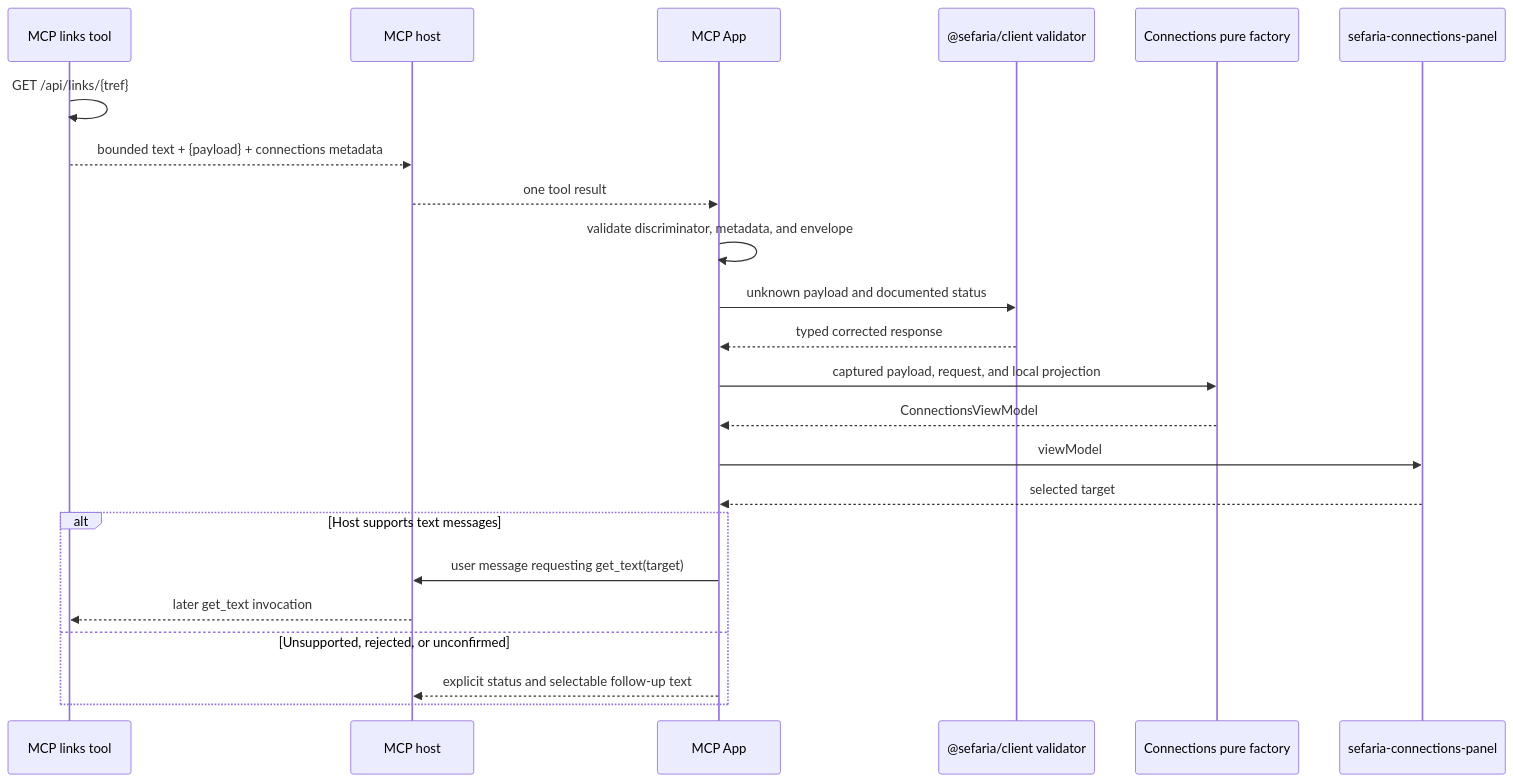
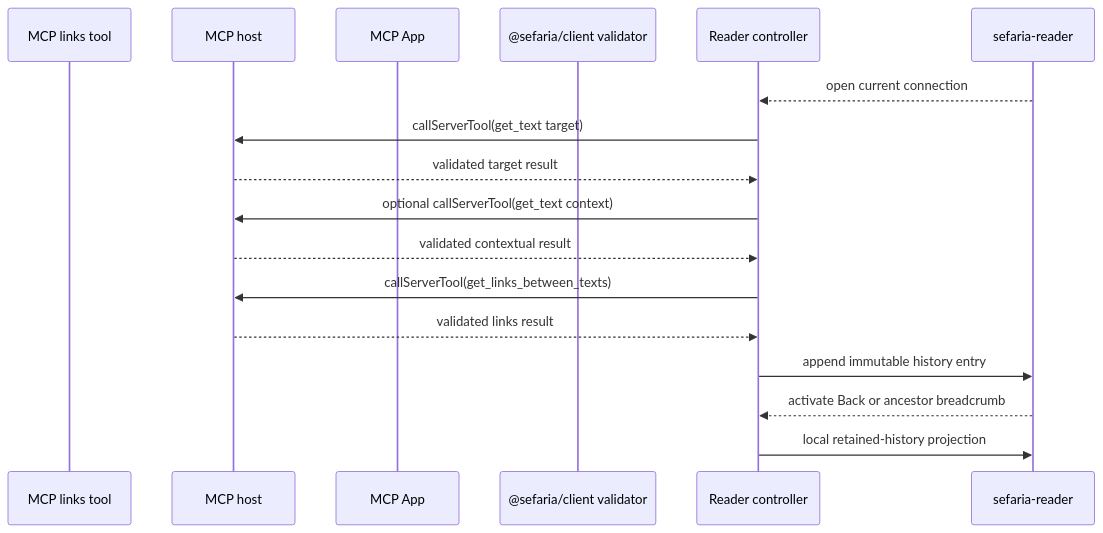
Before and after one commit to Arithmomaniac/sefaria-web-components: the second of 3 diagrams in docs/specs/integrations.md, drawn with Mermaid. The commit also changed other lines of this file and 43 other files, not shown here.

````diff
--- a/docs/specs/integrations.md
+++ b/docs/specs/integrations.md
@@ -210,26 +214,20 @@
 ```mermaid
 sequenceDiagram
     participant Tool as MCP links tool
     participant Host as MCP host
     participant App as MCP App
     participant Validator as @sefaria/client validator
-    participant Factory as Connections pure factory
-    participant Panel as sefaria-connections-panel
+    participant Controller as Reader controller
+    participant Reader as sefaria-reader
 
-    Tool->>Tool: GET /api/links/{tref}
-    Tool-->>Host: bounded text + {payload} + connections metadata
-    Host-->>App: one tool result
-    App->>App: validate discriminator, metadata, and envelope
-    App->>Validator: unknown payload and documented status
-    Validator-->>App: typed corrected response
-    App->>Factory: captured payload, request, and local projection
-    Factory-->>App: ConnectionsViewModel
-    App->>Panel: viewModel
-    Panel-->>App: selected target
-    alt Host supports text messages
-        App->>Host: user message requesting get_text(target)
-        Host-->>Tool: later get_text invocation
-    else Unsupported, rejected, or unconfirmed
-        App-->>Host: explicit status and selectable follow-up text
-    end
+    Reader-->>Controller: open current connection
+    Controller->>Host: callServerTool(get_text target)
+    Host-->>Controller: validated target result
+    Controller->>Host: optional callServerTool(get_text context)
+    Host-->>Controller: validated contextual result
+    Controller->>Host: callServerTool(get_links_between_texts)
+    Host-->>Controller: validated links result
+    Controller->>Reader: append immutable history entry
+    Reader-->>Controller: activate Back or ancestor breadcrumb
+    Controller->>Reader: local retained-history projection
 ```
````
